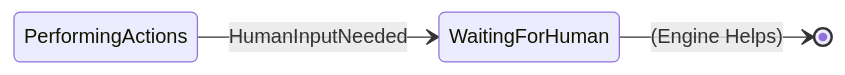
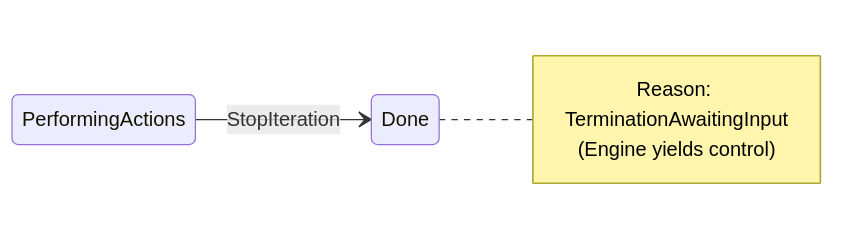
The second of 2 diagrams in services/agentorchestrator/engine/engine.md (MKAPersonalOrganization/AgenticWorkflowPlatform), drawn with Mermaid before and after one commit. The commit also changed other lines of this file and 4 other files, not shown here.

Commit message:
refactor: Update termination reason from Elicitation to AwaitingInput for clarity and consistency

````diff
--- a/services/agentorchestrator/engine/engine.md
+++ b/services/agentorchestrator/engine/engine.md
@@ -27,7 +28,10 @@
 ```mermaid
 stateDiagram-v2
     direction LR
     
-    PerformingActions --> WaitingForHuman : HumanInputNeeded
-    WaitingForHuman --> [*] : (Engine Helps)
+    PerformingActions --> Done : StopIteration
+    note right of Done
+        Reason: TerminationAwaitingInput
+        (Engine yields control)
+    end note
 ```
````
